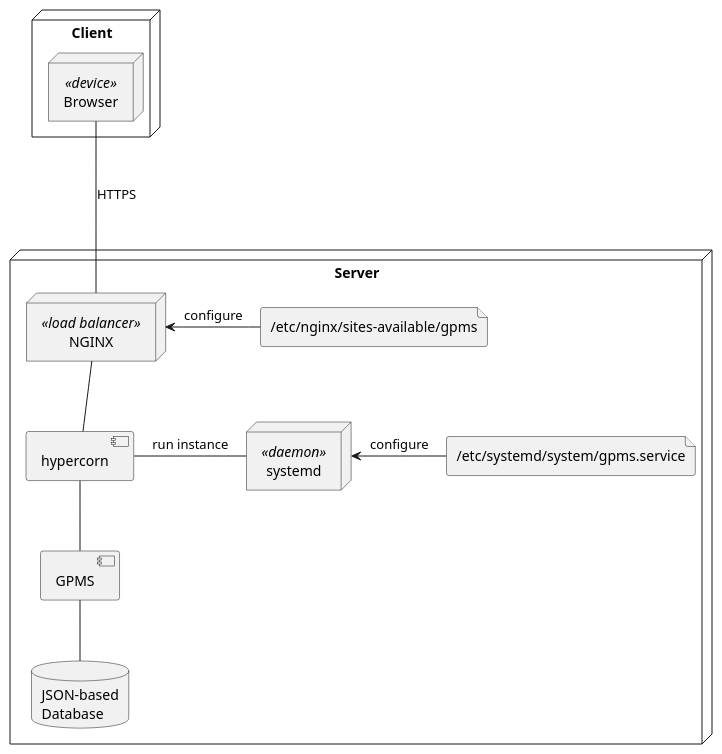
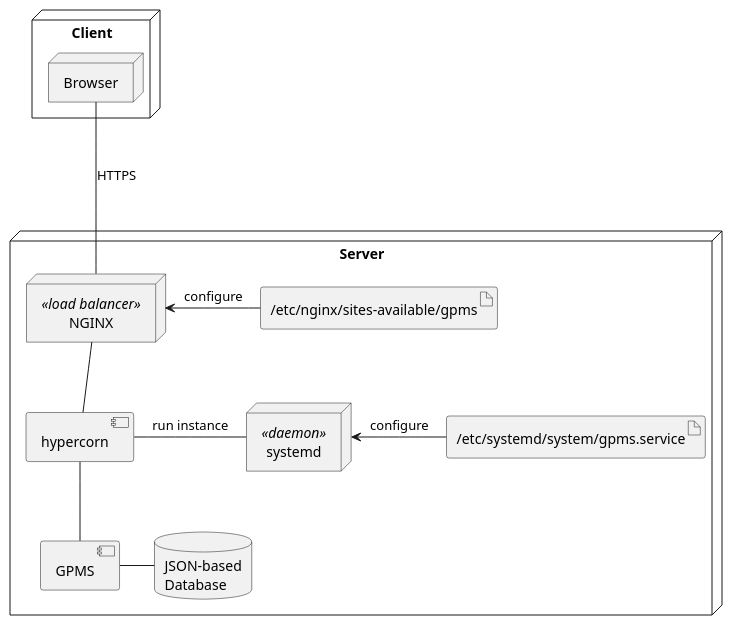
The diagram in docs/deploy.puml (Huy-Ngo/acanban), drawn with PlantUML before and after one commit.

Commit message:
Correct a bit on stereotype

```diff
--- a/docs/deploy.puml
+++ b/docs/deploy.puml
@@ -1,22 +1,22 @@
 @startuml
 node Client {
-	node Browser <<device>>
+	node Browser
 }
 node Server {
 	node NGINX as nginx <<load balancer>>
 	database "JSON-based\nDatabase" as db
-	file "/etc/systemd/system/gpms.service" as systemd_conf
-	file "/etc/nginx/sites-available/gpms" as nginx_conf
+	artifact "/etc/systemd/system/gpms.service" as systemd_conf
+	artifact "/etc/nginx/sites-available/gpms" as nginx_conf
 	component GPMS as gpms
 	component hypercorn
 	node systemd <<daemon>>
 }
 
 Browser --- nginx: HTTPS
 nginx -- hypercorn
 nginx <- nginx_conf: configure
 hypercorn - systemd: run instance
 systemd <- systemd_conf: configure
 hypercorn -- gpms
-gpms -- db
+gpms - db
 @enduml
```
